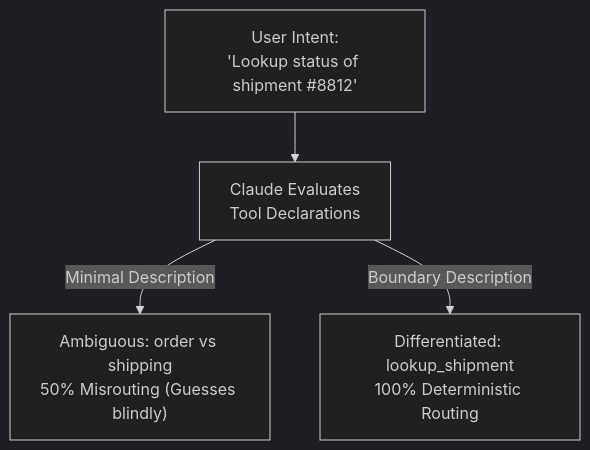
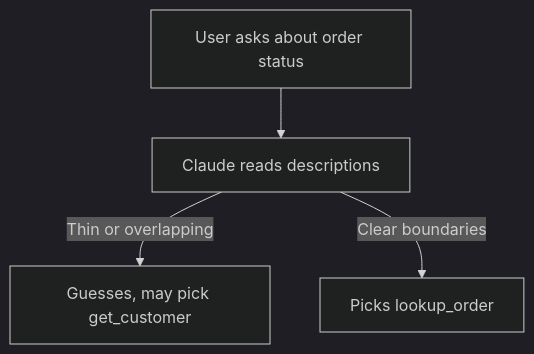
The second of 3 diagrams in domain2/KEY_CONCEPTS.md (dip4k/claude_cert_architect_foundation_prep), drawn with Mermaid (dark theme) before and after one commit. The commit also changed other lines of this file and 133 other files, not shown here.

````diff
--- a/domain2/KEY_CONCEPTS.md
+++ b/domain2/KEY_CONCEPTS.md
@@ -47,6 +32,6 @@
 ```mermaid
 flowchart TD
-    Intent["User Intent:<br>'Lookup status of shipment #8812'"] --> Eval["Claude Evaluates<br>Tool Declarations"]
-    Eval -->|Minimal Description| Ambiguous["Ambiguous: order vs shipping<br>50% Misrouting (Guesses blindly)"]
-    Eval -->|Boundary Description| Clear["Differentiated: lookup_shipment<br>100% Deterministic Routing"]
+    Intent["User asks about order status"] --> Eval["Claude reads descriptions"]
+    Eval -->|"Thin or overlapping"| Wrong["Guesses, may pick get_customer"]
+    Eval -->|"Clear boundaries"| Right["Picks lookup_order"]
 ```
````
